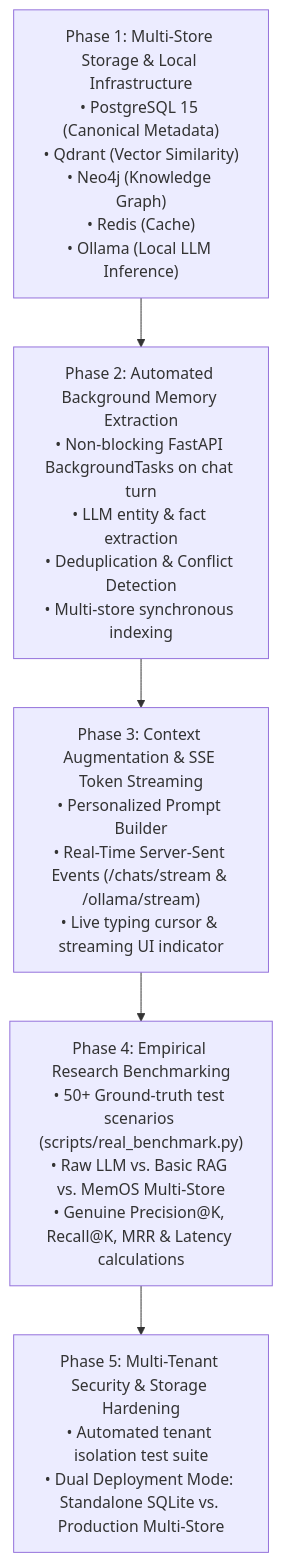
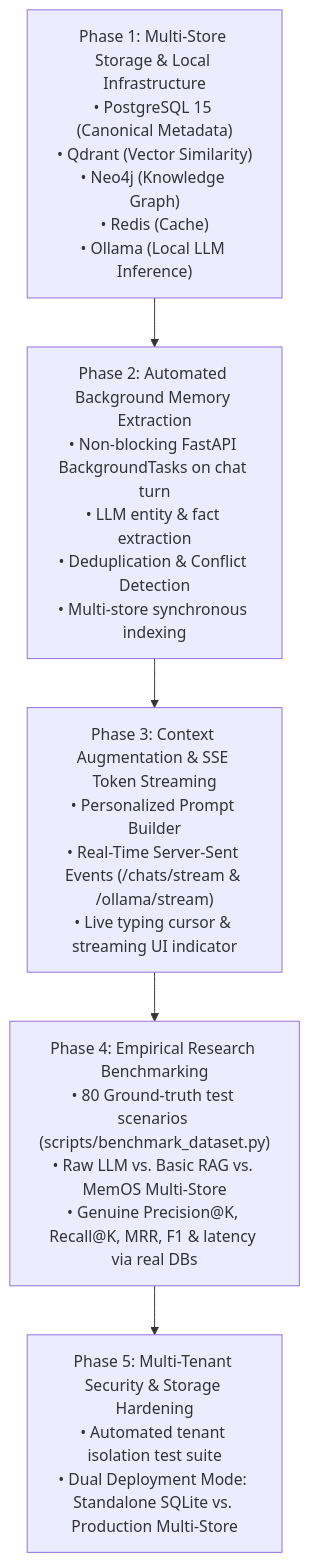
One commit to bachi-2006/MemOS changed the diagram in docs/RESEARCH_ROADMAP.md. Above: the diagram before and after it, drawn with Mermaid. The commit also changed other lines of this file and 124 other files, not shown here.

````diff
--- a/docs/RESEARCH_ROADMAP.md
+++ b/docs/RESEARCH_ROADMAP.md
@@ -11,10 +11,10 @@
 ```mermaid
 graph TD
     P1["Phase 1: Multi-Store Storage & Local Infrastructure\n• PostgreSQL 15 (Canonical Metadata)\n• Qdrant (Vector Similarity)\n• Neo4j (Knowledge Graph)\n• Redis (Cache)\n• Ollama (Local LLM Inference)"]
     P2["Phase 2: Automated Background Memory Extraction\n• Non-blocking FastAPI BackgroundTasks on chat turn\n• LLM entity & fact extraction\n• Deduplication & Conflict Detection\n• Multi-store synchronous indexing"]
     P3["Phase 3: Context Augmentation & SSE Token Streaming\n• Personalized Prompt Builder\n• Real-Time Server-Sent Events (/chats/stream & /ollama/stream)\n• Live typing cursor & streaming UI indicator"]
-    P4["Phase 4: Empirical Research Benchmarking\n• 50+ Ground-truth test scenarios (scripts/real_benchmark.py)\n• Raw LLM vs. Basic RAG vs. MemOS Multi-Store\n• Genuine Precision@K, Recall@K, MRR & Latency calculations"]
+    P4["Phase 4: Empirical Research Benchmarking\n• 80 Ground-truth test scenarios (scripts/benchmark_dataset.py)\n• Raw LLM vs. Basic RAG vs. MemOS Multi-Store\n• Genuine Precision@K, Recall@K, MRR, F1 & latency via real DBs"]
     P5["Phase 5: Multi-Tenant Security & Storage Hardening\n• Automated tenant isolation test suite\n• Dual Deployment Mode: Standalone SQLite vs. Production Multi-Store"]
 
     P1 --> P2 --> P3 --> P4 --> P5
 ```
````
